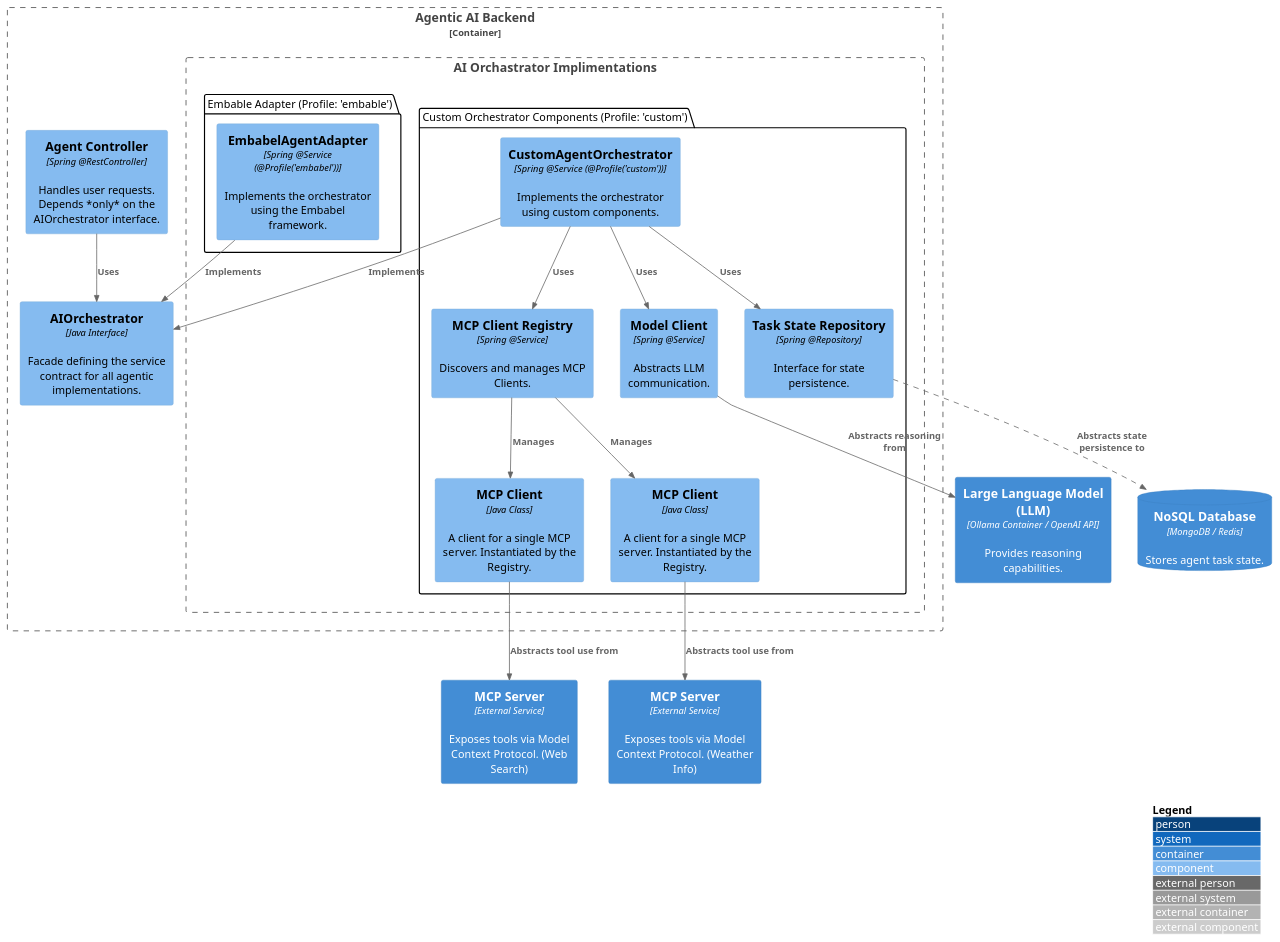
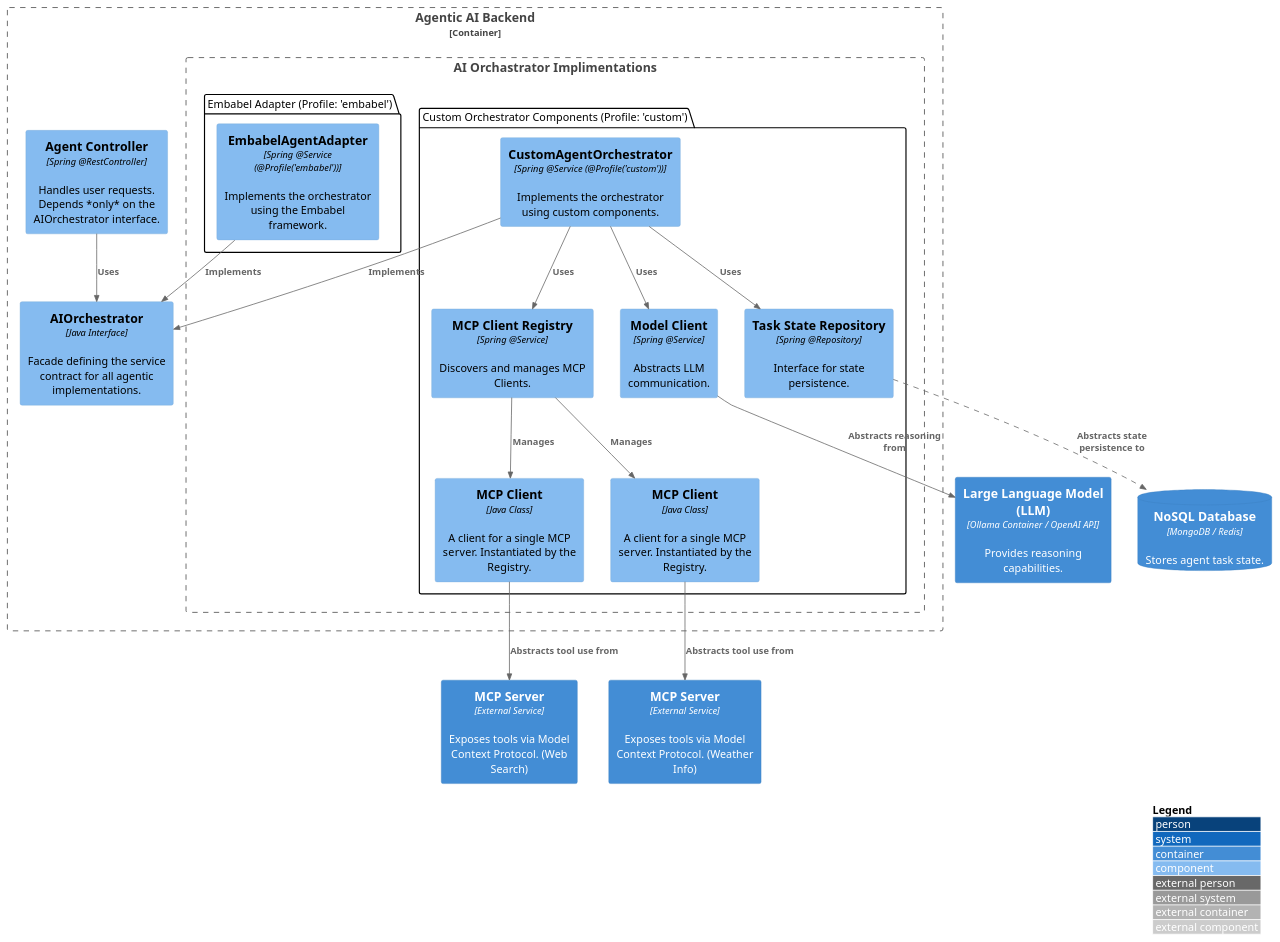
One commit to ndenniszhang/genai-orchestrator changed the diagram in docs/component_diagram.puml. Above: the diagram before and after it, drawn with PlantUML.

```diff
--- a/docs/component_diagram.puml
+++ b/docs/component_diagram.puml
@@ -1,52 +1,52 @@
 @startuml
 !include https://raw.githubusercontent.com/plantuml-stdlib/C4-PlantUML/master/C4_Component.puml
 
 AddRelTag("dashed", $lineStyle = DashedLine())
 LAYOUT_WITH_LEGEND()
 
 Container_Boundary(backend, "Agentic AI Backend") {
     Component(agent_controller, "Agent Controller", "Spring @RestController", "Handles user requests. Depends *only* on the AIOrchestrator interface.")
     Component(ai_orchestrator, "AIOrchestrator", "Java Interface", "Facade defining the service contract for all agentic implementations.")
     
     Rel(agent_controller, ai_orchestrator, "Uses")
 
     Boundary(impl, "AI Orchastrator Implimentations") {
         ' --- Implementation 1: Embabel ---
-        package "Embable Adapter (Profile: 'embable')" {
+        package "Embabel Adapter (Profile: 'embabel')" {
             ' Embabel adapter talks to externals via its *own* logic
             Component(embabel_adapter, "EmbabelAgentAdapter", "Spring @Service (@Profile('embabel'))", "Implements the orchestrator using the Embabel framework.")
             Rel(embabel_adapter, ai_orchestrator, "Implements")
         }
         
         ' --- Implementation 2: Custom ---
         package "Custom Orchestrator Components (Profile: 'custom')" {
             Component(custom_orchestrator, "CustomAgentOrchestrator", "Spring @Service (@Profile('custom'))", "Implements the orchestrator using custom components.")
             Component(model_client, "Model Client", "Spring @Service", "Abstracts LLM communication.")
             Component(mcp_client_registry, "MCP Client Registry", "Spring @Service", "Discovers and manages MCP Clients.")
             Component(mcp_client_1, "MCP Client", "Java Class", "A client for a single MCP server. Instantiated by the Registry.")
             Component(mcp_client_2, "MCP Client", "Java Class", "A client for a single MCP server. Instantiated by the Registry.")
             Component(task_state_repository, "Task State Repository", "Spring @Repository", "Interface for state persistence.")
             
             Rel(custom_orchestrator, ai_orchestrator, "Implements")
             Rel(custom_orchestrator, model_client, "Uses")
             Rel(custom_orchestrator, mcp_client_registry, "Uses")
             Rel(mcp_client_registry, mcp_client_1, "Manages")
             Rel(mcp_client_registry, mcp_client_2, "Manages")
             Rel(custom_orchestrator, task_state_repository, "Uses")
         }
     }
 }
 
 ' --- External Systems ---
 Container(llm, "Large Language Model (LLM)", "Ollama Container / OpenAI API", "Provides reasoning capabilities.")
 Container(mcp_server_1, "MCP Server", "External Service", "Exposes tools via Model Context Protocol. (Web Search)")
 Container(mcp_server_2, "MCP Server", "External Service", "Exposes tools via Model Context Protocol. (Weather Info)")
 ContainerDb(database, "NoSQL Database", "MongoDB / Redis", "Stores agent task state.")
 
 ' --- Interface abstracts all external dependencies ---
 Rel(model_client, llm, "Abstracts reasoning from")
 Rel(mcp_client_1, mcp_server_1, "Abstracts tool use from")
 Rel(mcp_client_2, mcp_server_2, "Abstracts tool use from")
 Rel(task_state_repository, database, "Abstracts state persistence to", $tags = "dashed")
 
 @enduml
```
